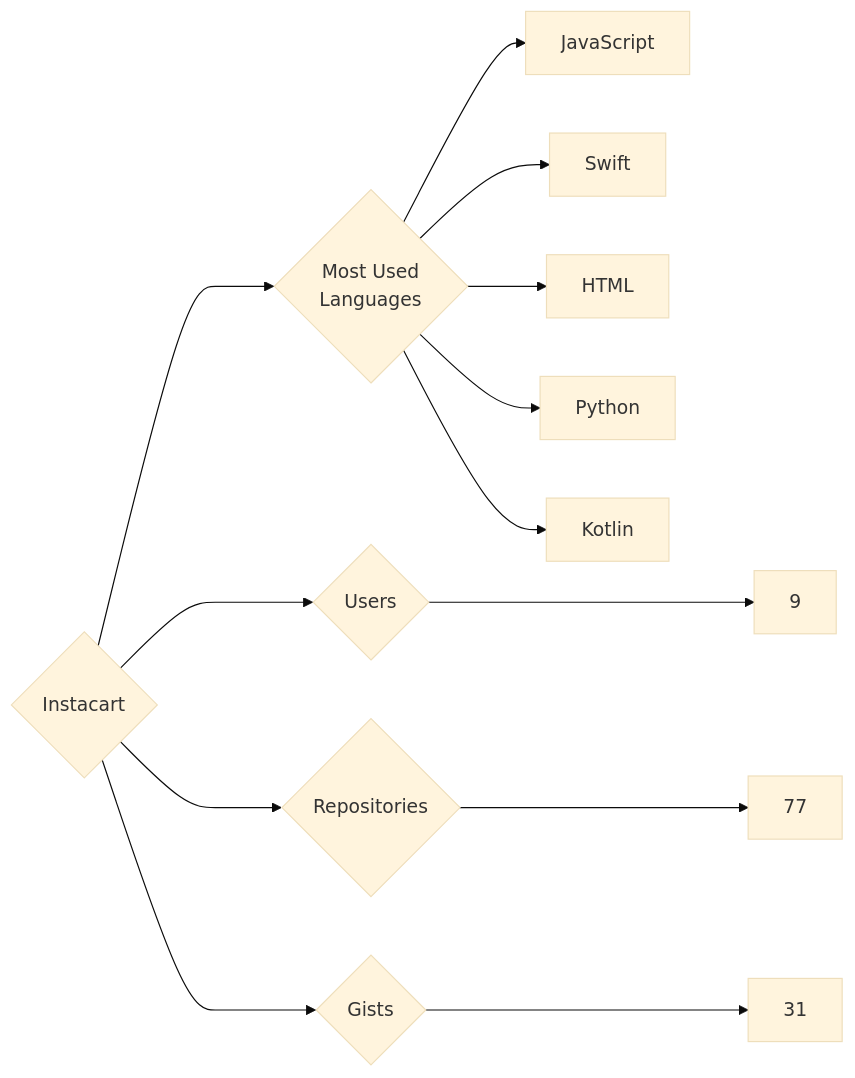
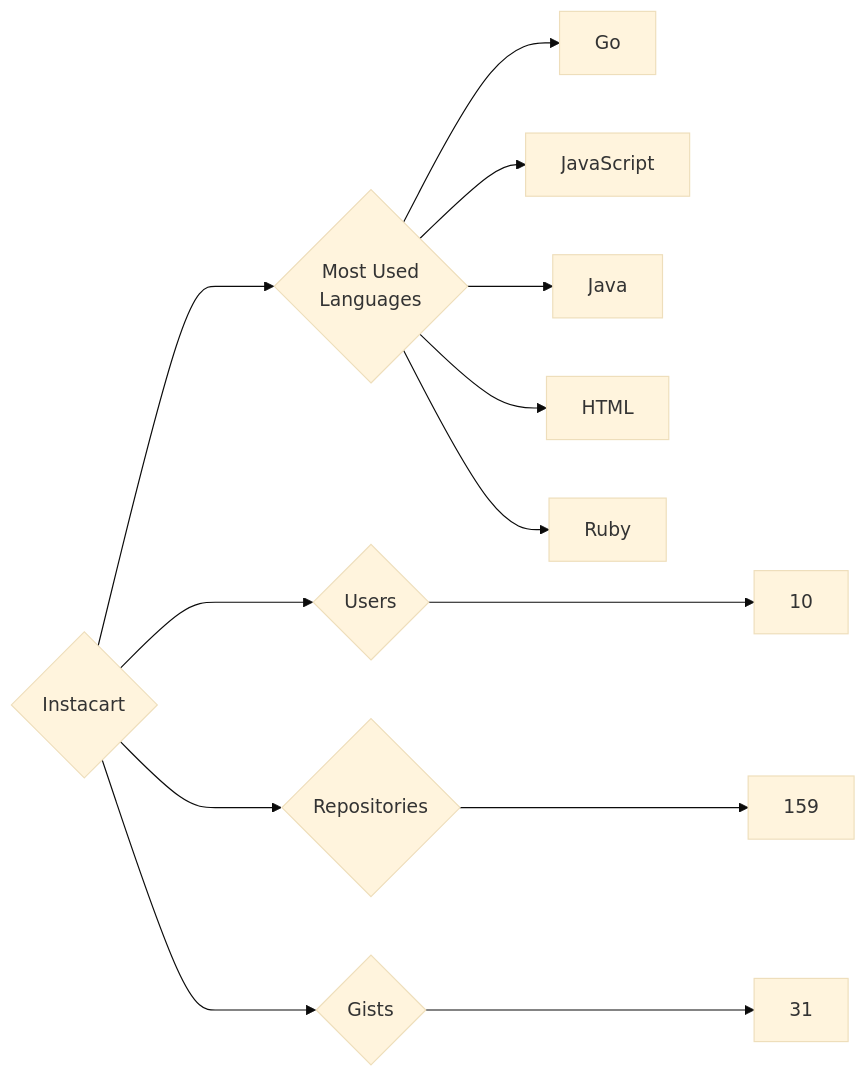
The diagram in targets/Instacart/README.md (trickest/insiders), drawn with Mermaid (base theme) before and after one commit. The commit also changed 860 other files, not shown here.

````diff
--- a/targets/Instacart/README.md
+++ b/targets/Instacart/README.md
@@ -3,13 +3,13 @@
 ```mermaid
 graph LR
 COMPANY_NAME{Instacart}
-COMPANY_NAME ---> U{Users} ---> UN[9]
-COMPANY_NAME ---> R{Repositories} ---> RN[77]
+COMPANY_NAME ---> U{Users} ---> UN[10]
+COMPANY_NAME ---> R{Repositories} ---> RN[159]
 COMPANY_NAME ---> G{Gists} ---> GN[31]
 COMPANY_NAME ---> ML{Most Used<br>Languages}
+ML --> Go[Go]
 ML --> JavaScript[JavaScript]
-ML --> Swift[Swift]
+ML --> Java[Java]
 ML --> HTML[HTML]
-ML --> Python[Python]
-ML --> Kotlin[Kotlin]
+ML --> Ruby[Ruby]
 ```
````
